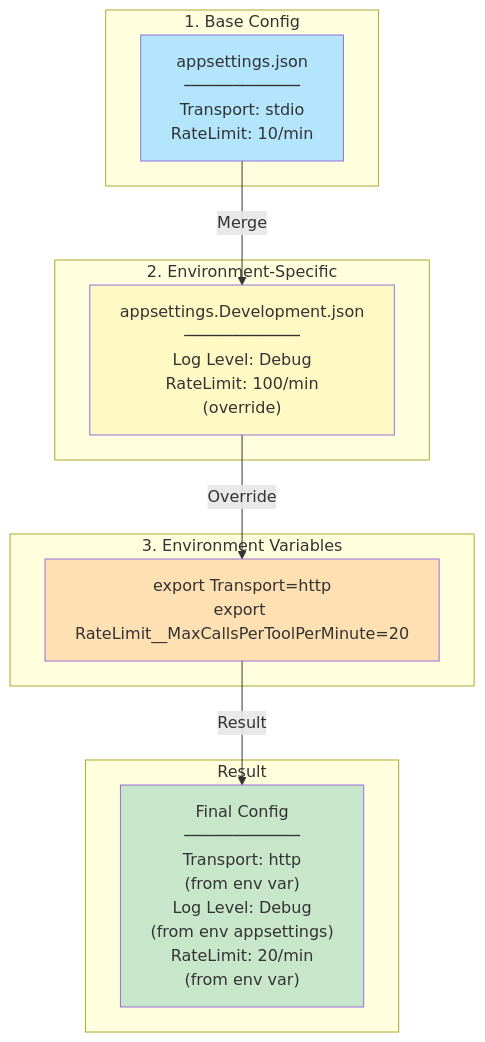
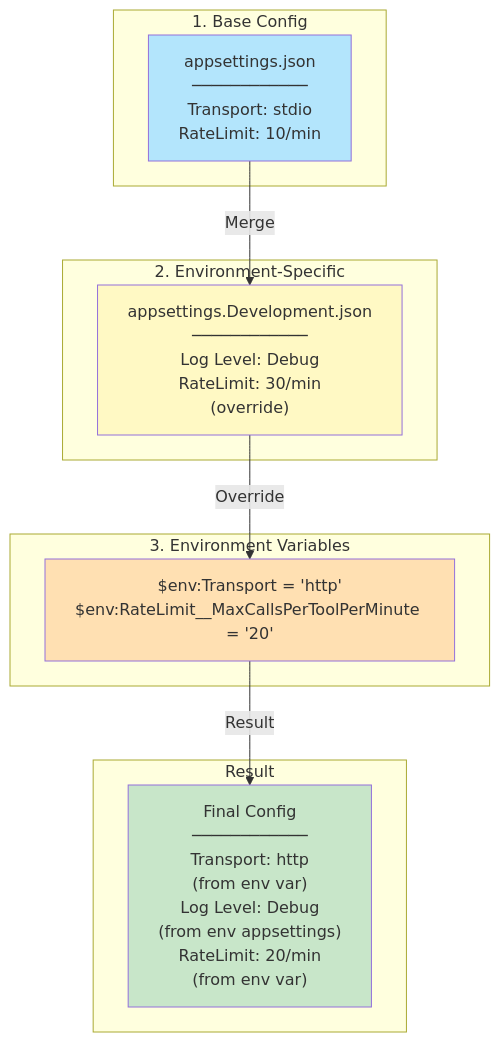
The sixth of 10 diagrams in docs/02-ARCHITECTURE-FLOWCHARTS.md (oskarc/MCPExtensibleTemplate), drawn with Mermaid before and after one commit. The commit also changed 5 other files, not shown here.

````diff
--- a/docs/02-ARCHITECTURE-FLOWCHARTS.md
+++ b/docs/02-ARCHITECTURE-FLOWCHARTS.md
@@ -227,27 +227,27 @@
 ```mermaid
 graph TB
     subgraph "1. Base Config"
         Base["appsettings.json<br/>────────────<br/>Transport: stdio<br/>RateLimit: 10/min"]
     end
 
     subgraph "2. Environment-Specific"
-        Env["appsettings.Development.json<br/>────────────<br/>Log Level: Debug<br/>RateLimit: 100/min<br/>(override)"]
+        Env["appsettings.Development.json<br/>────────────<br/>Log Level: Debug<br/>RateLimit: 30/min<br/>(override)"]
     end
 
     subgraph "3. Environment Variables"
-        EnvVars["export Transport=http<br/>export RateLimit__MaxCallsPerToolPerMinute=20"]
+        EnvVars["$env:Transport = 'http'<br/>$env:RateLimit__MaxCallsPerToolPerMinute = '20'"]
     end
 
     subgraph "Result"
         Final["Final Config<br/>────────────<br/>Transport: http<br/>(from env var)<br/>Log Level: Debug<br/>(from env appsettings)<br/>RateLimit: 20/min<br/>(from env var)"]
     end
 
     Base -->|Merge| Env
     Env -->|Override| EnvVars
     EnvVars -->|Result| Final
 
     style Base fill:#b3e5fc
     style Env fill:#fff9c4
     style EnvVars fill:#ffe0b2
     style Final fill:#c8e6c9
 ```
````
